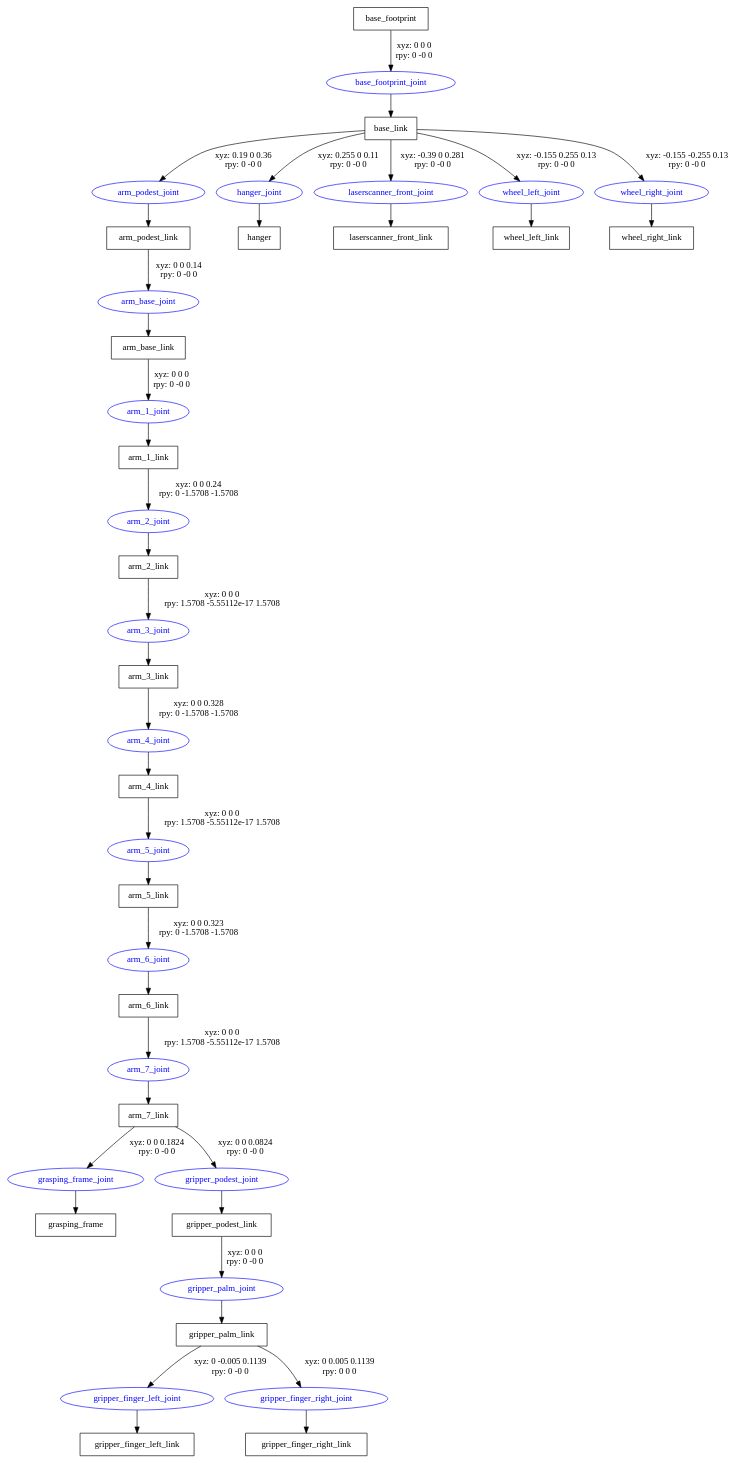
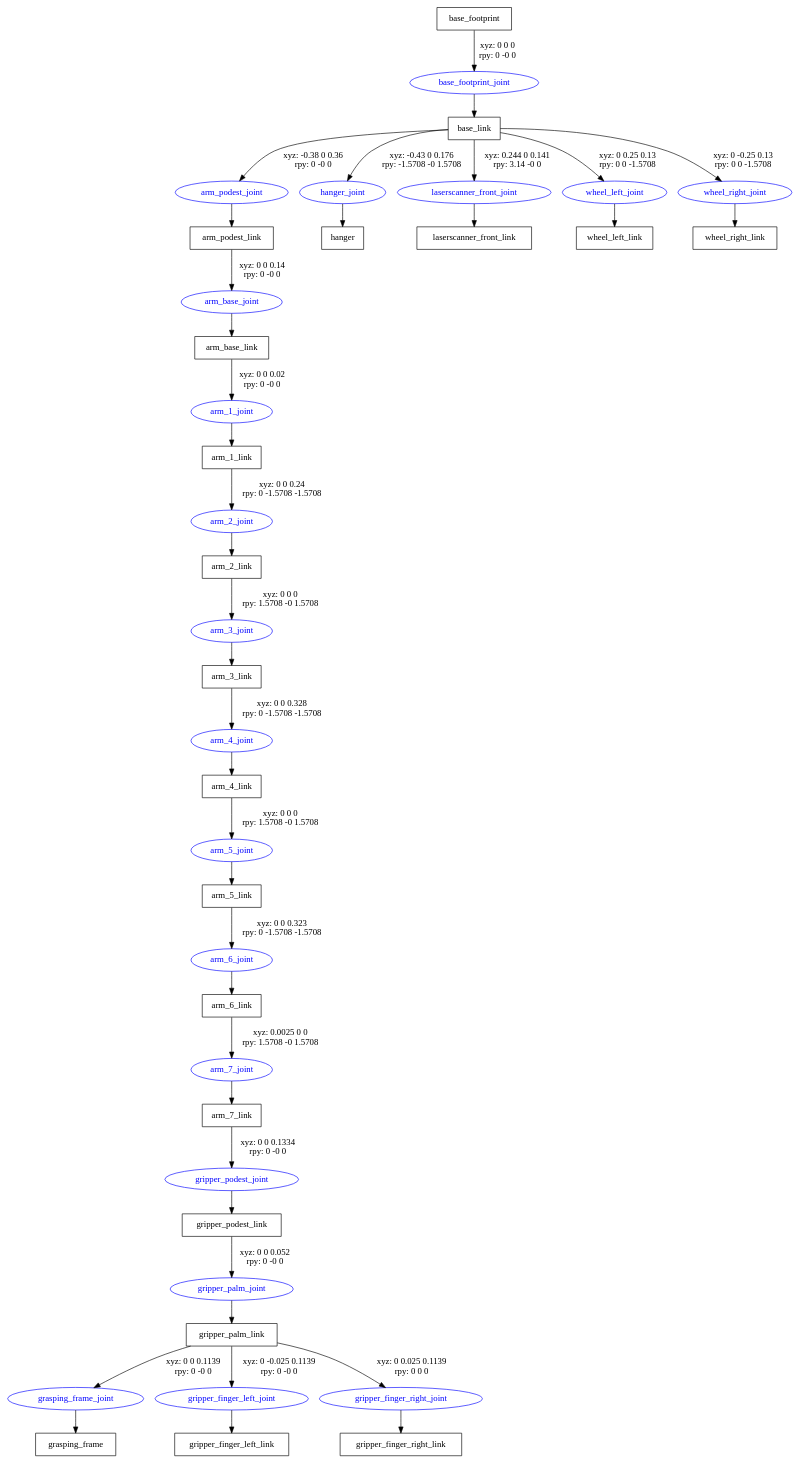
Before and after one commit to Zunchao/pybullet_neoschunk_reaching: the diagram in data/neobotixschunk/mp500lwa4d_robot.gv, drawn with Graphviz. The commit also changed 25 other files, not shown here.

```diff
--- a/data/neobotixschunk/mp500lwa4d_robot.gv
+++ b/data/neobotixschunk/mp500lwa4d_robot.gv
@@ -1,62 +1,62 @@
 digraph G {
 node [shape=box];
 "base_footprint" [label="base_footprint"];
 "base_link" [label="base_link"];
 "arm_podest_link" [label="arm_podest_link"];
 "arm_base_link" [label="arm_base_link"];
 "arm_1_link" [label="arm_1_link"];
 "arm_2_link" [label="arm_2_link"];
 "arm_3_link" [label="arm_3_link"];
 "arm_4_link" [label="arm_4_link"];
 "arm_5_link" [label="arm_5_link"];
 "arm_6_link" [label="arm_6_link"];
 "arm_7_link" [label="arm_7_link"];
-"grasping_frame" [label="grasping_frame"];
 "gripper_podest_link" [label="gripper_podest_link"];
 "gripper_palm_link" [label="gripper_palm_link"];
+"grasping_frame" [label="grasping_frame"];
 "gripper_finger_left_link" [label="gripper_finger_left_link"];
 "gripper_finger_right_link" [label="gripper_finger_right_link"];
 "hanger" [label="hanger"];
 "laserscanner_front_link" [label="laserscanner_front_link"];
 "wheel_left_link" [label="wheel_left_link"];
 "wheel_right_link" [label="wheel_right_link"];
 node [shape=ellipse, color=blue, fontcolor=blue];
 "base_footprint" -> "base_footprint_joint" [label="xyz: 0 0 0 \nrpy: 0 -0 0"]
 "base_footprint_joint" -> "base_link"
-"base_link" -> "arm_podest_joint" [label="xyz: 0.19 0 0.36 \nrpy: 0 -0 0"]
+"base_link" -> "arm_podest_joint" [label="xyz: -0.38 0 0.36 \nrpy: 0 -0 0"]
 "arm_podest_joint" -> "arm_podest_link"
 "arm_podest_link" -> "arm_base_joint" [label="xyz: 0 0 0.14 \nrpy: 0 -0 0"]
 "arm_base_joint" -> "arm_base_link"
-"arm_base_link" -> "arm_1_joint" [label="xyz: 0 0 0 \nrpy: 0 -0 0"]
+"arm_base_link" -> "arm_1_joint" [label="xyz: 0 0 0.02 \nrpy: 0 -0 0"]
 "arm_1_joint" -> "arm_1_link"
 "arm_1_link" -> "arm_2_joint" [label="xyz: 0 0 0.24 \nrpy: 0 -1.5708 -1.5708"]
 "arm_2_joint" -> "arm_2_link"
-"arm_2_link" -> "arm_3_joint" [label="xyz: 0 0 0 \nrpy: 1.5708 -5.55112e-17 1.5708"]
+"arm_2_link" -> "arm_3_joint" [label="xyz: 0 0 0 \nrpy: 1.5708 -0 1.5708"]
 "arm_3_joint" -> "arm_3_link"
 "arm_3_link" -> "arm_4_joint" [label="xyz: 0 0 0.328 \nrpy: 0 -1.5708 -1.5708"]
 "arm_4_joint" -> "arm_4_link"
-"arm_4_link" -> "arm_5_joint" [label="xyz: 0 0 0 \nrpy: 1.5708 -5.55112e-17 1.5708"]
+"arm_4_link" -> "arm_5_joint" [label="xyz: 0 0 0 \nrpy: 1.5708 -0 1.5708"]
 "arm_5_joint" -> "arm_5_link"
 "arm_5_link" -> "arm_6_joint" [label="xyz: 0 0 0.323 \nrpy: 0 -1.5708 -1.5708"]
 "arm_6_joint" -> "arm_6_link"
-"arm_6_link" -> "arm_7_joint" [label="xyz: 0 0 0 \nrpy: 1.5708 -5.55112e-17 1.5708"]
+"arm_6_link" -> "arm_7_joint" [label="xyz: 0.0025 0 0 \nrpy: 1.5708 -0 1.5708"]
 "arm_7_joint" -> "arm_7_link"
-"arm_7_link" -> "grasping_frame_joint" [label="xyz: 0 0 0.1824 \nrpy: 0 -0 0"]
+"arm_7_link" -> "gripper_podest_joint" [label="xyz: 0 0 0.1334 \nrpy: 0 -0 0"]
+"gripper_podest_joint" -> "gripper_podest_link"
+"gripper_podest_link" -> "gripper_palm_joint" [label="xyz: 0 0 0.052 \nrpy: 0 -0 0"]
+"gripper_palm_joint" -> "gripper_palm_link"
+"gripper_palm_link" -> "grasping_frame_joint" [label="xyz: 0 0 0.1139 \nrpy: 0 -0 0"]
 "grasping_frame_joint" -> "grasping_frame"
-"arm_7_link" -> "gripper_podest_joint" [label="xyz: 0 0 0.0824 \nrpy: 0 -0 0"]
-"gripper_podest_joint" -> "gripper_podest_link"
-"gripper_podest_link" -> "gripper_palm_joint" [label="xyz: 0 0 0 \nrpy: 0 -0 0"]
-"gripper_palm_joint" -> "gripper_palm_link"
-"gripper_palm_link" -> "gripper_finger_left_joint" [label="xyz: 0 -0.005 0.1139 \nrpy: 0 -0 0"]
+"gripper_palm_link" -> "gripper_finger_left_joint" [label="xyz: 0 -0.025 0.1139 \nrpy: 0 -0 0"]
 "gripper_finger_left_joint" -> "gripper_finger_left_link"
-"gripper_palm_link" -> "gripper_finger_right_joint" [label="xyz: 0 0.005 0.1139 \nrpy: 0 0 0"]
+"gripper_palm_link" -> "gripper_finger_right_joint" [label="xyz: 0 0.025 0.1139 \nrpy: 0 0 0"]
 "gripper_finger_right_joint" -> "gripper_finger_right_link"
-"base_link" -> "hanger_joint" [label="xyz: 0.255 0 0.11 \nrpy: 0 -0 0"]
+"base_link" -> "hanger_joint" [label="xyz: -0.43 0 0.176 \nrpy: -1.5708 -0 1.5708"]
 "hanger_joint" -> "hanger"
-"base_link" -> "laserscanner_front_joint" [label="xyz: -0.39 0 0.281 \nrpy: 0 -0 0"]
+"base_link" -> "laserscanner_front_joint" [label="xyz: 0.244 0 0.141 \nrpy: 3.14 -0 0"]
 "laserscanner_front_joint" -> "laserscanner_front_link"
-"base_link" -> "wheel_left_joint" [label="xyz: -0.155 0.255 0.13 \nrpy: 0 -0 0"]
+"base_link" -> "wheel_left_joint" [label="xyz: 0 0.25 0.13 \nrpy: 0 0 -1.5708"]
 "wheel_left_joint" -> "wheel_left_link"
-"base_link" -> "wheel_right_joint" [label="xyz: -0.155 -0.255 0.13 \nrpy: 0 -0 0"]
+"base_link" -> "wheel_right_joint" [label="xyz: 0 -0.25 0.13 \nrpy: 0 0 -1.5708"]
 "wheel_right_joint" -> "wheel_right_link"
 }
```
